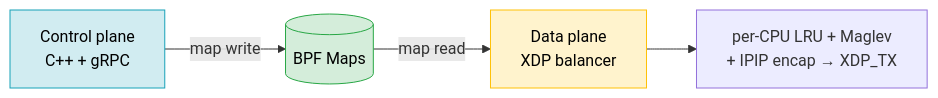
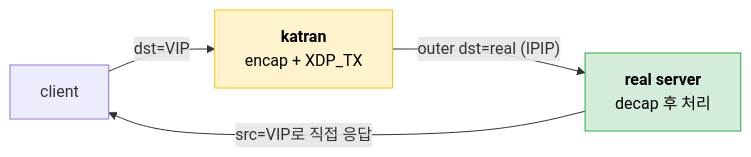
Before and after one commit to ljy2855/tech-notes: the ninth of 9 diagrams in content/Infra/Network/SW LB/Katran 코드 리뷰.md, drawn with Mermaid. The commit also changed other lines of this file and 2 other files, not shown here.

````diff
--- a/content/Infra/Network/SW LB/Katran 코드 리뷰.md
+++ b/content/Infra/Network/SW LB/Katran 코드 리뷰.md
@@ -260,13 +378,11 @@
 ```mermaid
 flowchart LR
-    A["`Control plane
-    C++ + gRPC`"] -->|map write| M[("`BPF Maps`")]
-    M -->|map read| B["`Data plane
-    XDP balancer`"]
-    B --> C["`per-CPU LRU + Maglev
-    + IPIP encap → XDP_TX`"]
+    C["`client`"] -->|"dst=VIP"| LB["`**katran**
+    encap + XDP_TX`"]
+    LB -->|"outer dst=real (IPIP)"| R["`**real server**
+    decap 후 처리`"]
+    R -->|"src=VIP로 직접 응답"| C
 
-    style A fill:#d1ecf1,stroke:#17a2b8,color:#000
-    style M fill:#d4edda,stroke:#28a745,color:#000
-    style B fill:#fff3cd,stroke:#ffc107,color:#000
+    style LB fill:#fff3cd,stroke:#ffc107,color:#000
+    style R fill:#d4edda,stroke:#28a745,color:#000
 ```
````
